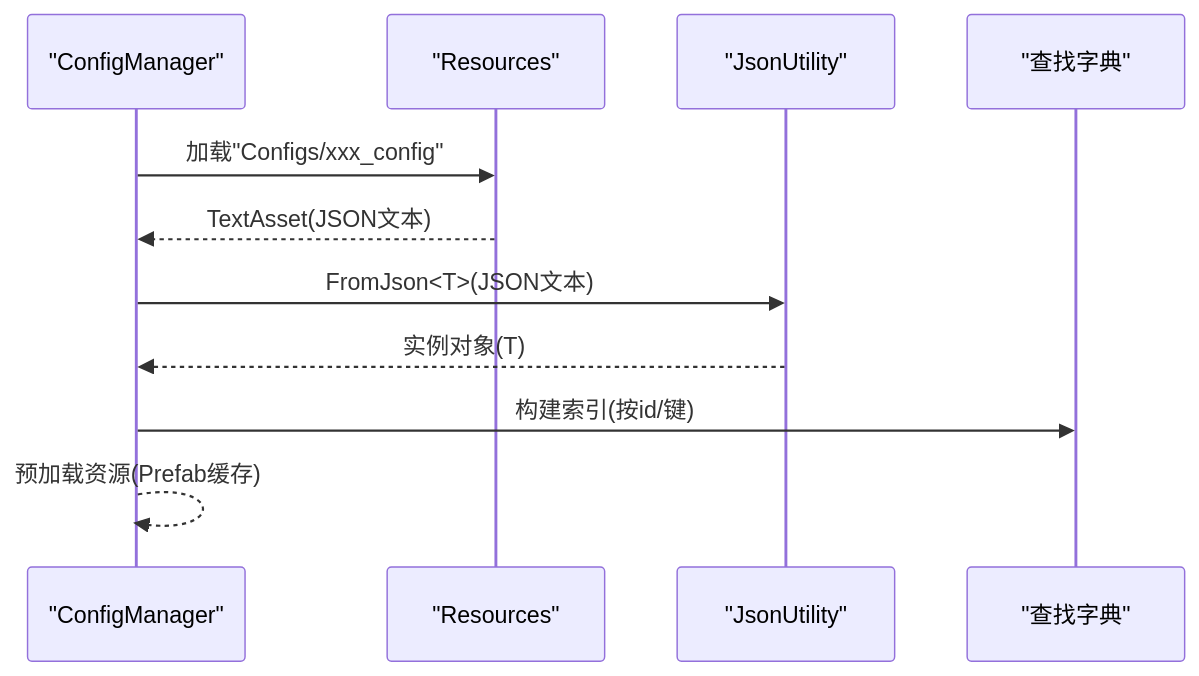
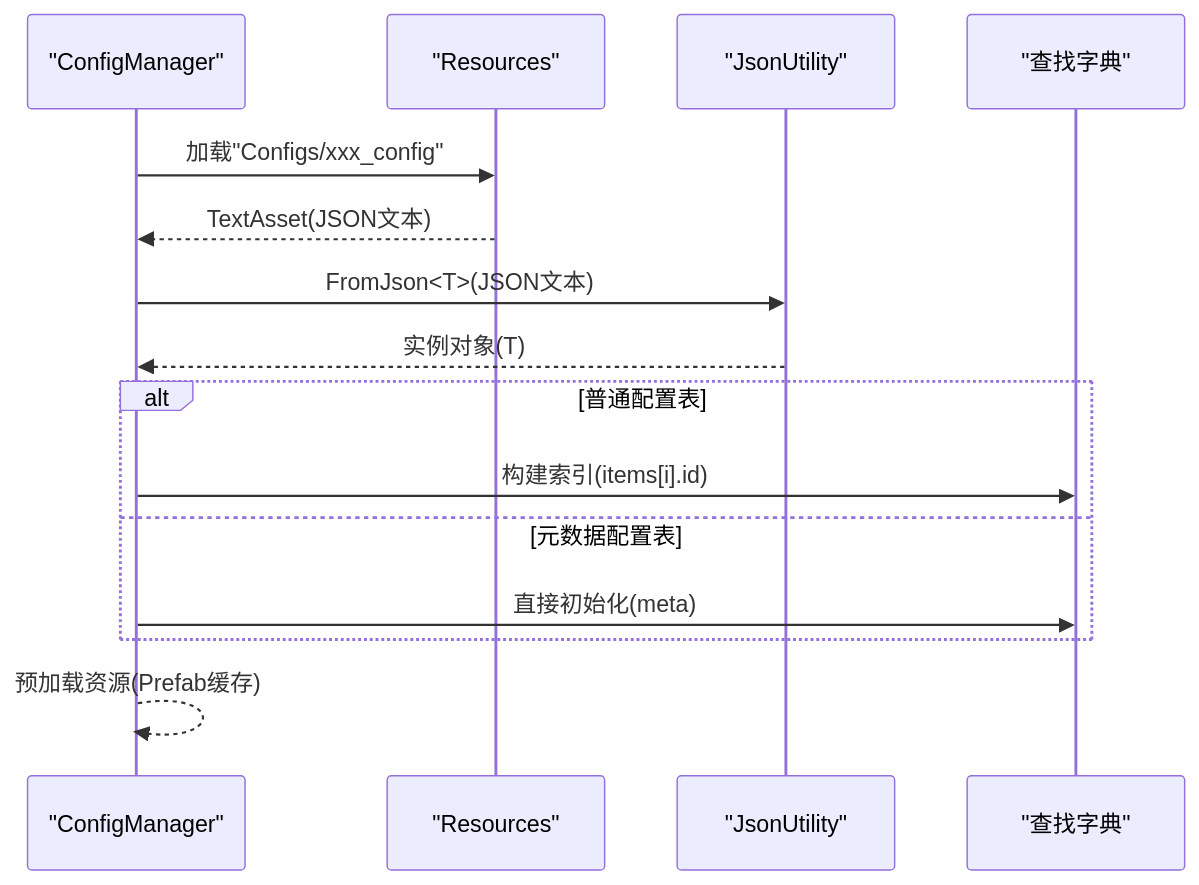
Before and after one commit to Tuusen/p1_client: the second of 3 diagrams in .qoder/repowiki/zh/content/配置管理系统/配置文件类型/配置文件类型.md, drawn with Mermaid. The commit also changed other lines of this file and 85 other files, not shown here.

````diff
--- a/.qoder/repowiki/zh/content/配置管理系统/配置文件类型/配置文件类型.md
+++ b/.qoder/repowiki/zh/content/配置管理系统/配置文件类型/配置文件类型.md
@@ -175,13 +187,17 @@
 ```mermaid
 sequenceDiagram
 participant CM as "ConfigManager"
 participant Res as "Resources"
 participant Json as "JsonUtility"
 participant Dict as "查找字典"
 CM->>Res : 加载"Configs/xxx_config"
 Res-->>CM : TextAsset(JSON文本)
 CM->>Json : FromJson<T>(JSON文本)
 Json-->>CM : 实例对象(T)
-CM->>Dict : 构建索引(按id/键)
+alt 普通配置表
+CM->>Dict : 构建索引(items[i].id)
+else 元数据配置表
+CM->>Dict : 直接初始化(meta)
+end
 CM-->>CM : 预加载资源(Prefab缓存)
 ```
````
